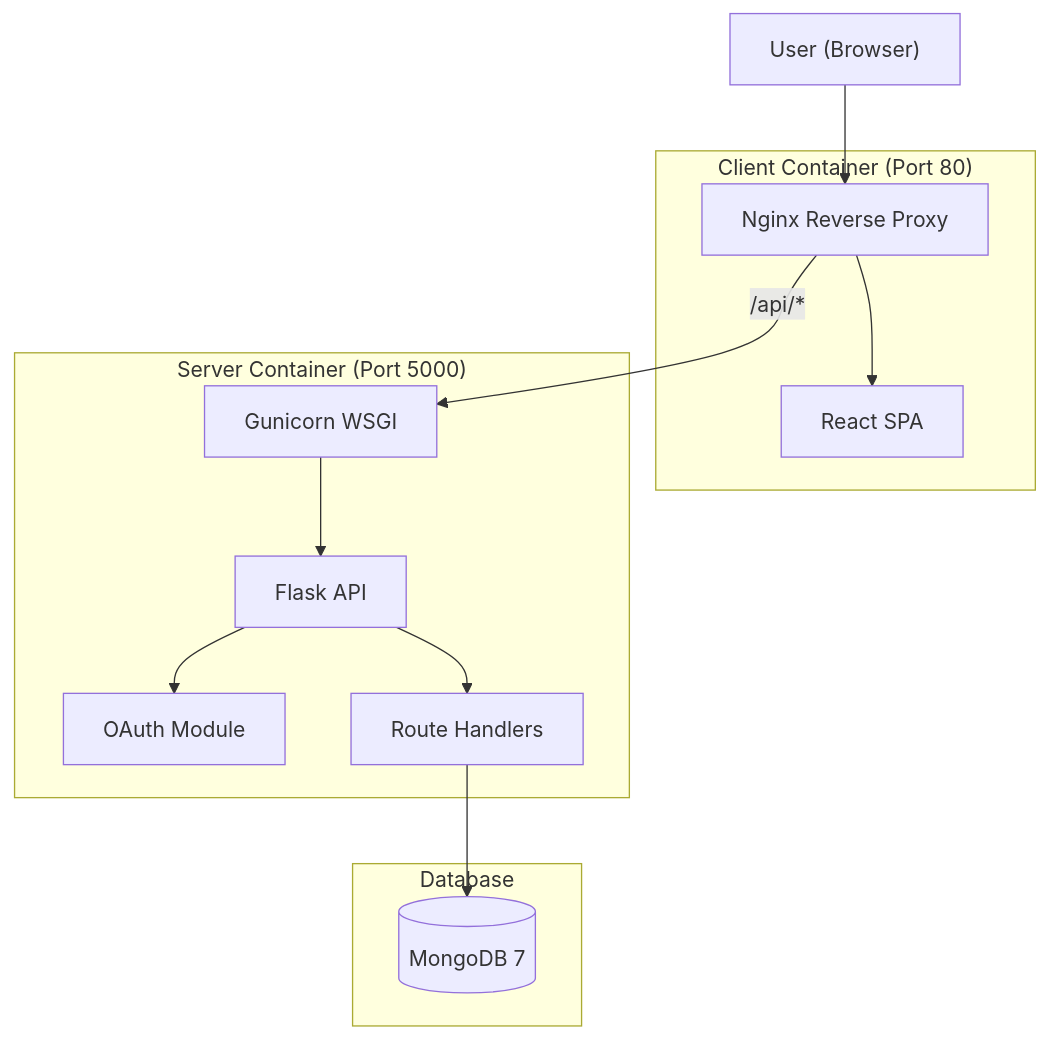
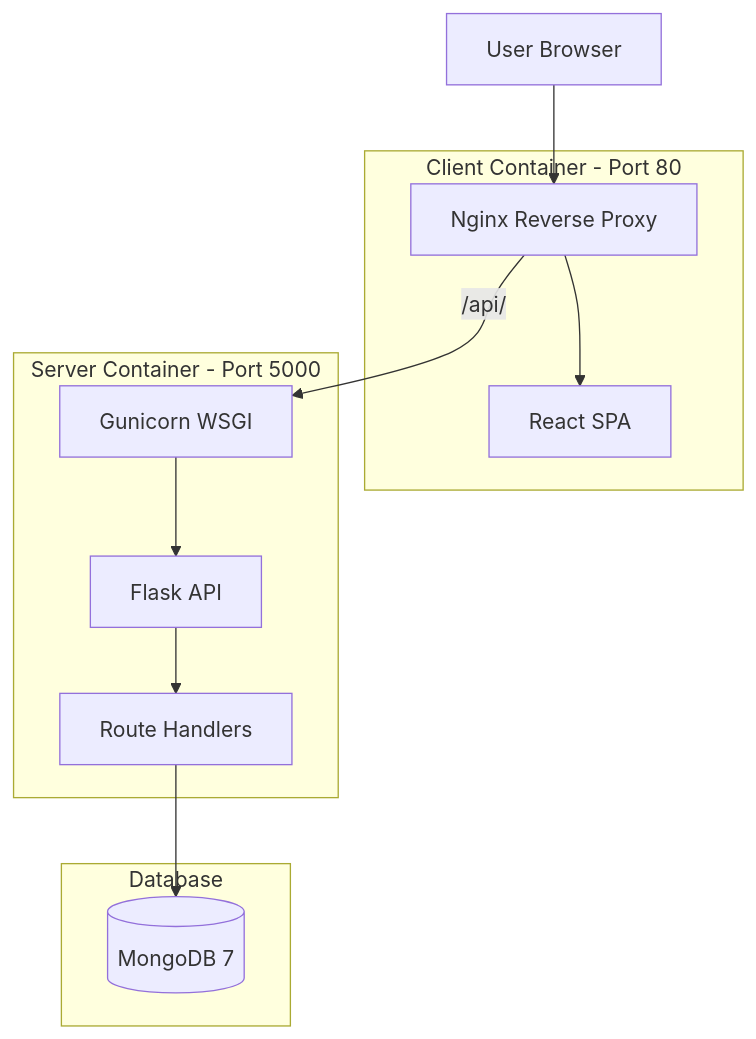
The diagram in walkthrough.md (Astatide1337/Rooster), drawn with Mermaid before and after one commit.

Commit message:
Fixed walkthrough

````diff
--- a/walkthrough.md
+++ b/walkthrough.md
@@ -11,28 +11,26 @@
 ```mermaid
-graph TD
-    User["User (Browser)"]
+flowchart TD
+    User[User Browser]
     
-    subgraph Frontend["Client Container (Port 80)"]
-        Nginx["Nginx Reverse Proxy"]
-        React["React SPA"]
+    subgraph Frontend[Client Container - Port 80]
+        Nginx[Nginx Reverse Proxy]
+        React[React SPA]
     end
     
-    subgraph Backend["Server Container (Port 5000)"]
-        Gunicorn["Gunicorn WSGI"]
-        Flask["Flask API"]
-        Auth["OAuth Module"]
-        Routes["Route Handlers"]
+    subgraph Backend[Server Container - Port 5000]
+        Gunicorn[Gunicorn WSGI]
+        Flask[Flask API]
+        Routes[Route Handlers]
     end
     
-    subgraph Storage["Database"]
-        Mongo[("MongoDB 7")]
+    subgraph Storage[Database]
+        Mongo[(MongoDB 7)]
     end
 
     User --> Nginx
     Nginx --> React
-    Nginx -->|/api/*| Gunicorn
+    Nginx -->|/api/| Gunicorn
     Gunicorn --> Flask
     Flask --> Routes
-    Flask --> Auth
     Routes --> Mongo
 ```
````
